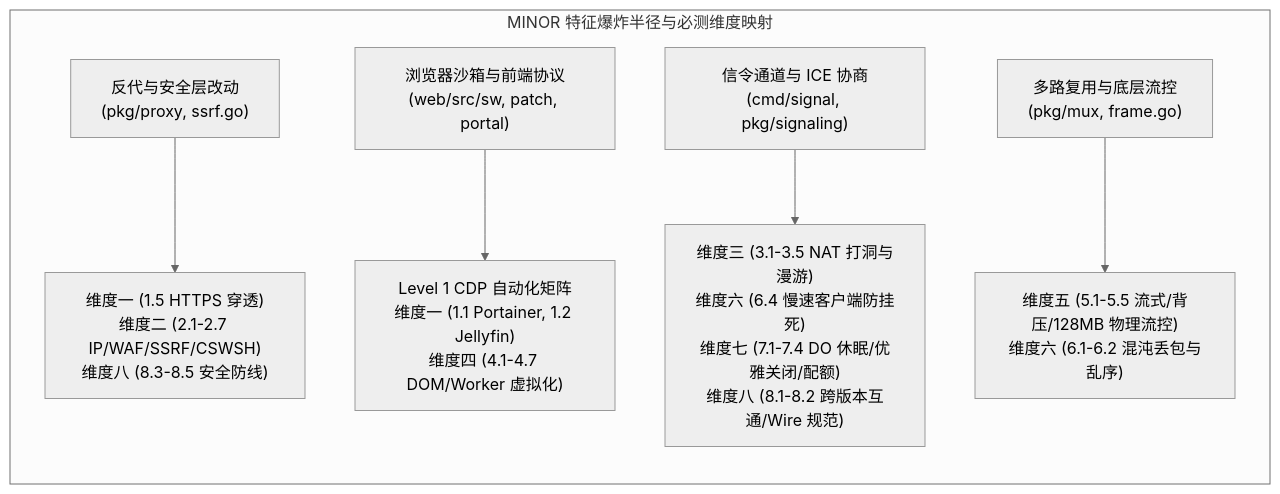
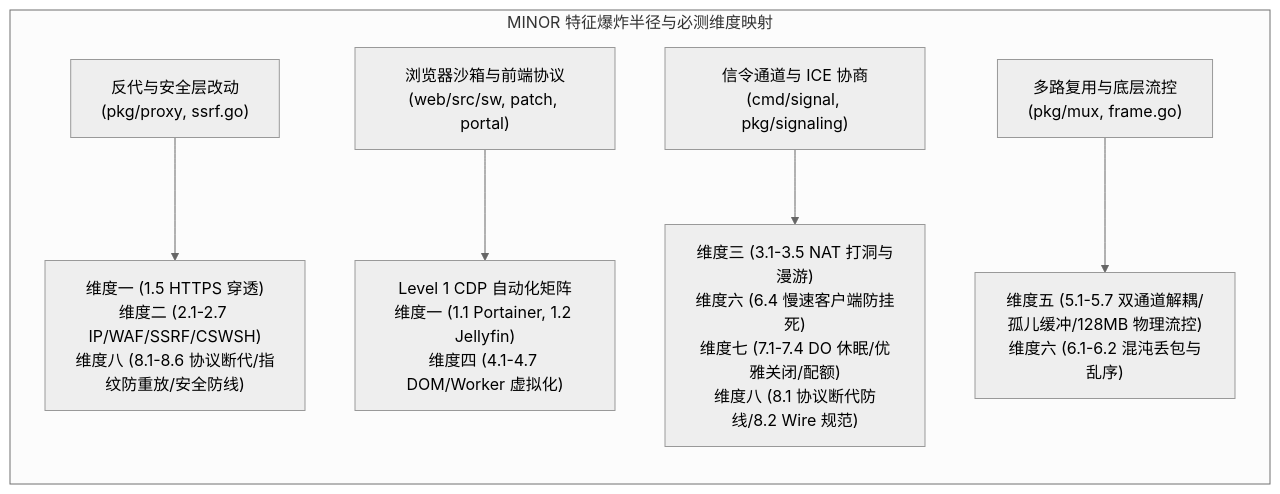
One commit to BeingNoAbility/WebRTC-Gateway changed the second of 4 diagrams in docs/TESTING_CHECKLIST.md. Above: the diagram before and after it, drawn with Mermaid (neutral theme). The commit also changed other lines of this file and 6 other files, not shown here.

````diff
--- a/docs/TESTING_CHECKLIST.md
+++ b/docs/TESTING_CHECKLIST.md
@@ -37,9 +37,9 @@
 ```mermaid
 flowchart LR
     subgraph Blast_Radius_Mapping["MINOR 特征爆炸半径与必测维度映射"]
-        C1["反代与安全层改动<br/>(pkg/proxy, ssrf.go)"] --> R1["维度一 (1.5 HTTPS 穿透)<br/>维度二 (2.1-2.7 IP/WAF/SSRF/CSWSH)<br/>维度八 (8.3-8.5 安全防线)"]
+        C1["反代与安全层改动<br/>(pkg/proxy, ssrf.go)"] --> R1["维度一 (1.5 HTTPS 穿透)<br/>维度二 (2.1-2.7 IP/WAF/SSRF/CSWSH)<br/>维度八 (8.1-8.6 协议断代/指纹防重放/安全防线)"]
         C2["浏览器沙箱与前端协议<br/>(web/src/sw, patch, portal)"] --> R2["Level 1 CDP 自动化矩阵<br/>维度一 (1.1 Portainer, 1.2 Jellyfin)<br/>维度四 (4.1-4.7 DOM/Worker 虚拟化)"]
-        C3["信令通道与 ICE 协商<br/>(cmd/signal, pkg/signaling)"] --> R3["维度三 (3.1-3.5 NAT 打洞与漫游)<br/>维度六 (6.4 慢速客户端防挂死)<br/>维度七 (7.1-7.4 DO 休眠/优雅关闭/配额)<br/>维度八 (8.1-8.2 跨版本互通/Wire 规范)"]
-        C4["多路复用与底层流控<br/>(pkg/mux, frame.go)"] --> R4["维度五 (5.1-5.5 流式/背压/128MB 物理流控)<br/>维度六 (6.1-6.2 混沌丢包与乱序)"]
+        C3["信令通道与 ICE 协商<br/>(cmd/signal, pkg/signaling)"] --> R3["维度三 (3.1-3.5 NAT 打洞与漫游)<br/>维度六 (6.4 慢速客户端防挂死)<br/>维度七 (7.1-7.4 DO 休眠/优雅关闭/配额)<br/>维度八 (8.1 协议断代防线/8.2 Wire 规范)"]
+        C4["多路复用与底层流控<br/>(pkg/mux, frame.go)"] --> R4["维度五 (5.1-5.7 双通道解耦/孤儿缓冲/128MB 物理流控)<br/>维度六 (6.1-6.2 混沌丢包与乱序)"]
     end
 ```
````
